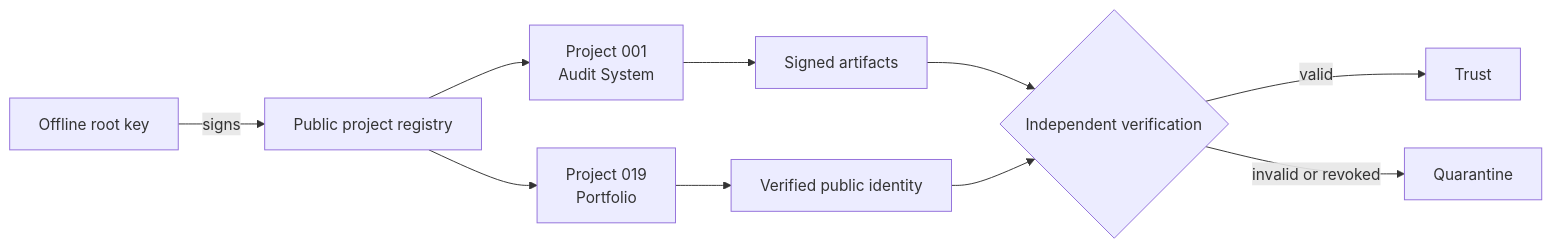
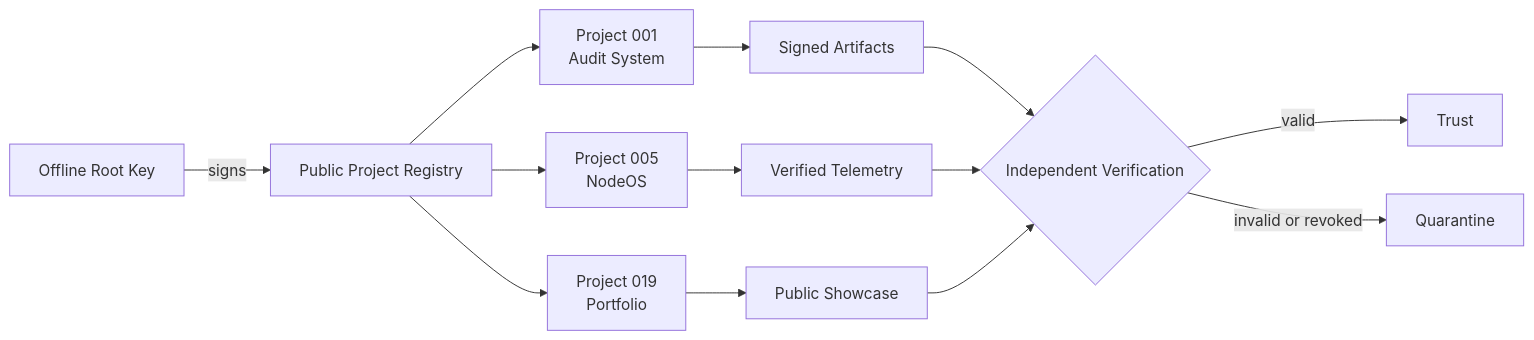
Before and after one commit to kibernetinio-saugumo-sprendimai/.github: the diagram in profile/README.md, drawn with Mermaid. The commit also changed other lines of this file, not shown here.

````diff
--- a/profile/README.md
+++ b/profile/README.md
@@ -27,12 +20,18 @@
 ```mermaid
 flowchart LR
-    A[Offline root key] -->|signs| B[Public project registry]
-    B --> C[Project 001\nAudit System]
-    B --> D[Project 019\nPortfolio]
-    C --> E[Signed artifacts]
-    D --> F[Verified public identity]
-    E --> G{Independent verification}
-    F --> G
-    G -->|valid| H[Trust]
-    G -->|invalid or revoked| I[Quarantine]
+    A[Offline Root Key] -->|signs| B[Public Project Registry]
+    B --> C[Project 001
+Audit System]
+    B --> D[Project 005
+NodeOS]
+    B --> E[Project 019
+Portfolio]
+    C --> F[Signed Artifacts]
+    D --> G[Verified Telemetry]
+    E --> H[Public Showcase]
+    F --> I{Independent Verification}
+    G --> I
+    H --> I
+    I -->|valid| J[Trust]
+    I -->|invalid or revoked| K[Quarantine]
 ```
````
